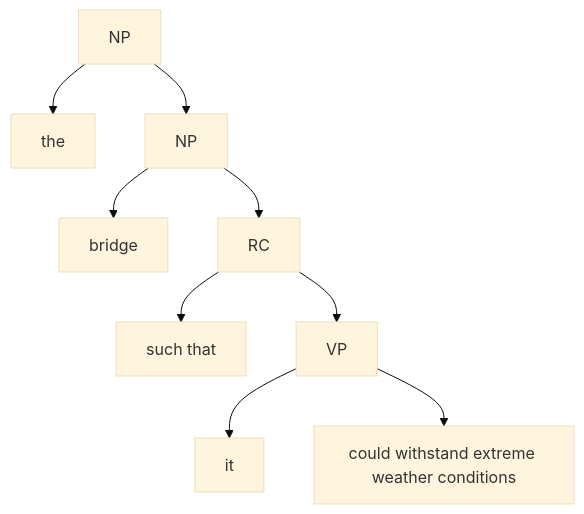
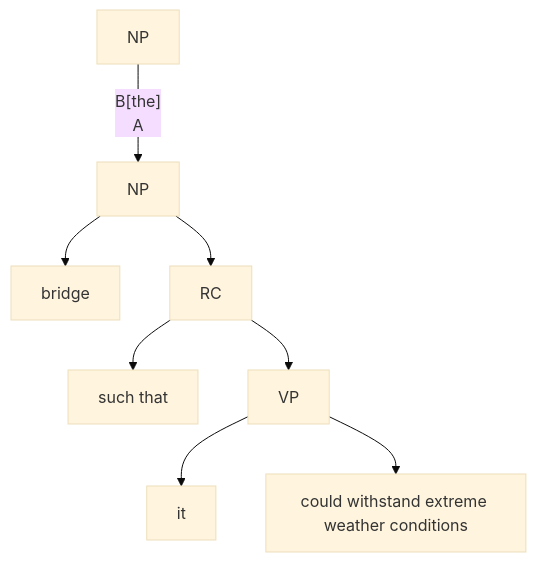
The diagram in 11. Binding and abstraction.md (haozeli-ling/Semantic-Analysis), drawn with Mermaid (base theme) before and after one commit.

Commit message:
Update 11. Binding and abstraction.md

````diff
--- a/11. Binding and abstraction.md
+++ b/11. Binding and abstraction.md
@@ -25,12 +25,12 @@
 ```mermaid
 graph TD
     A[NP]
-    A --> B[the]
+    A -- B[the]
     A --> C[NP]
     C --> D[bridge]
     C --> E[RC]
     E --> F[such that]
     E --> G[VP]
     G --> H[it]
     G --> I[could withstand extreme weather conditions]
 ``` 
````
